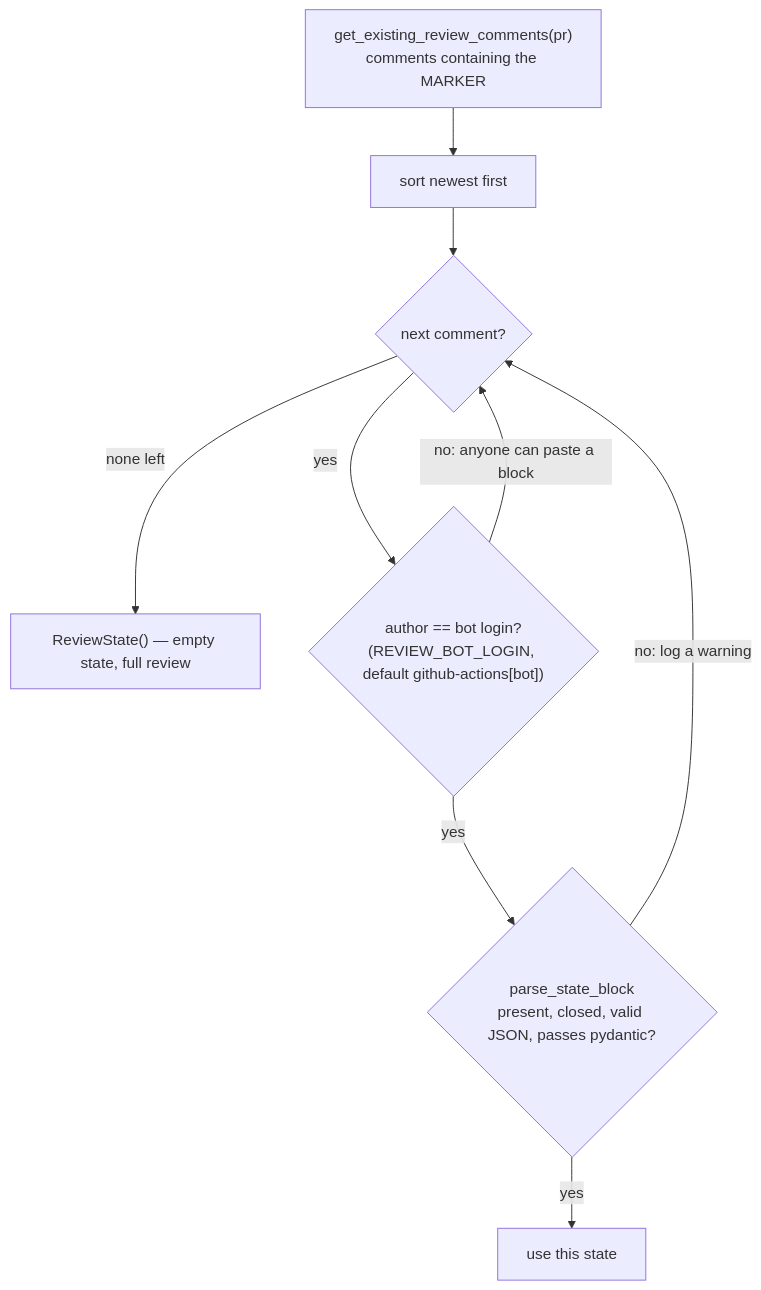
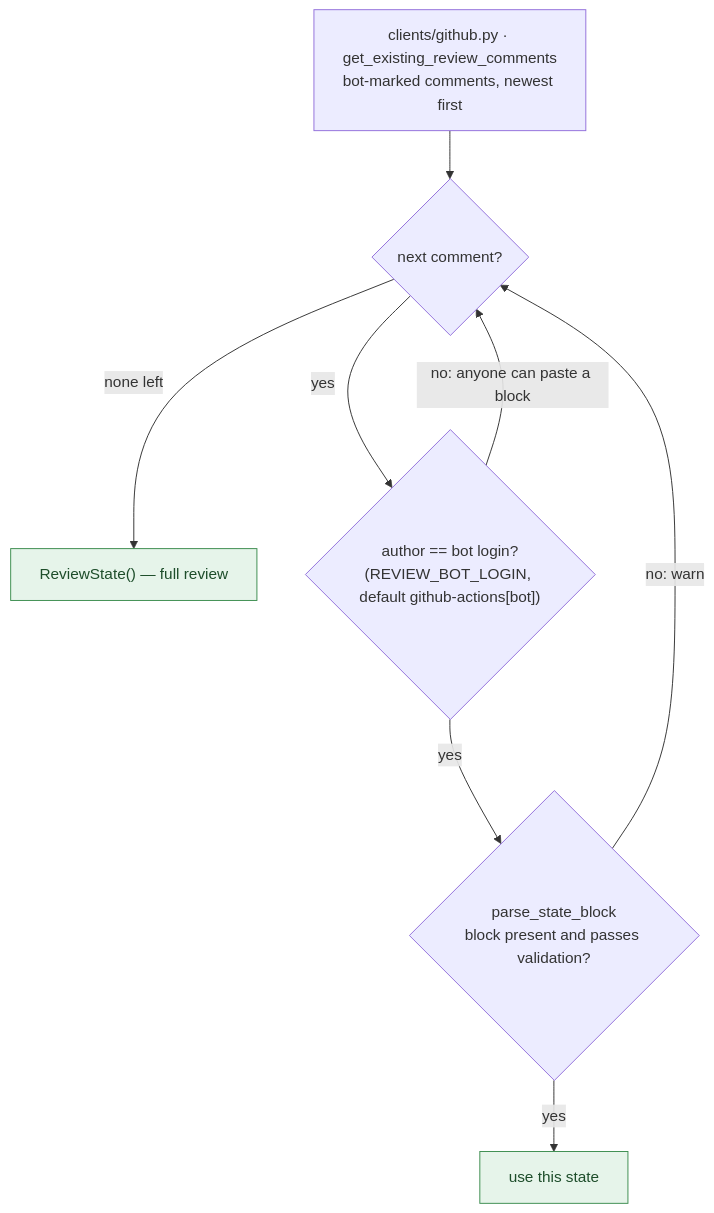
Before and after one commit to bryanChatsirichai/github_agentic_pr_reviewer: the seventh of 14 diagrams in docs/agentic-pr-review-system-design.v1.md, drawn with Mermaid. The commit also changed other lines of this file and 3 other files, not shown here.

Commit message:
Docs: Update architecture and roadmap

````diff
--- a/docs/agentic-pr-review-system-design.v1.md
+++ b/docs/agentic-pr-review-system-design.v1.md
@@ -493,11 +375,13 @@
 ```mermaid
 flowchart TD
-    A["get_existing_review_comments(pr)<br/>comments containing the MARKER"] --> B[sort newest first]
-    B --> C{next comment?}
-    C -->|none left| E["ReviewState() — empty state, full review"]
+    A["clients/github.py · get_existing_review_comments<br/>bot-marked comments, newest first"] --> C{next comment?}
+    C -->|none left| E["ReviewState() — full review"]
     C -->|yes| D{"author == bot login?<br/>(REVIEW_BOT_LOGIN, default github-actions[bot])"}
-    D -->|no: anyone can paste a block| C
-    D -->|yes| F{"parse_state_block<br/>present, closed, valid JSON, passes pydantic?"}
-    F -->|no: log a warning| C
-    F -->|yes| G[use this state]
+    D -->|"no: anyone can paste a block"| C
+    D -->|yes| F{"parse_state_block<br/>block present and passes validation?"}
+    F -->|no: warn| C
+    F -->|yes| G["use this state"]
+
+    classDef outcome fill:#e6f4ea,stroke:#3c8d4f,color:#1d4d2a
+    class E,G outcome
 ```
````
